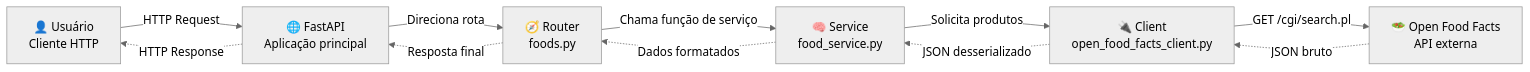
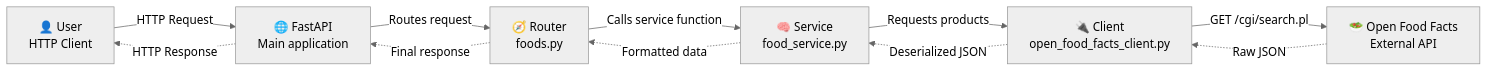
The diagram in README.md (zVilanova/NutriData-AI), drawn with Mermaid (neutral theme) before and after one commit. The commit also changed other lines of this file, not shown here.

````diff
--- a/README.md
+++ b/README.md
@@ -33,21 +33,21 @@
 ```mermaid
 flowchart LR
-    user["👤 Usuário<br/>Cliente HTTP"]
-    api["🌐 FastAPI<br/>Aplicação principal"]
+    user["👤 User<br/>HTTP Client"]
+    api["🌐 FastAPI<br/>Main application"]
     router["🧭 Router<br/>foods.py"]
     service["🧠 Service<br/>food_service.py"]
     client["🔌 Client<br/>open_food_facts_client.py"]
-    external["🥗 Open Food Facts<br/>API externa"]
+    external["🥗 Open Food Facts<br/>External API"]
 
     user -->|"HTTP Request"| api
-    api -->|"Direciona rota"| router
-    router -->|"Chama função de serviço"| service
-    service -->|"Solicita produtos"| client
+    api -->|"Routes request"| router
+    router -->|"Calls service function"| service
+    service -->|"Requests products"| client
     client -->|"GET /cgi/search.pl"| external
 
-    external -.->|"JSON bruto"| client
-    client -.->|"JSON desserializado"| service
-    service -.->|"Dados formatados"| router
-    router -.->|"Resposta final"| api
+    external -.->|"Raw JSON"| client
+    client -.->|"Deserialized JSON"| service
+    service -.->|"Formatted data"| router
+    router -.->|"Final response"| api
     api -.->|"HTTP Response"| user
 ```
````
